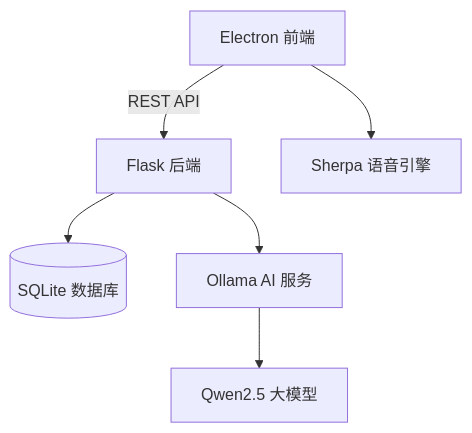
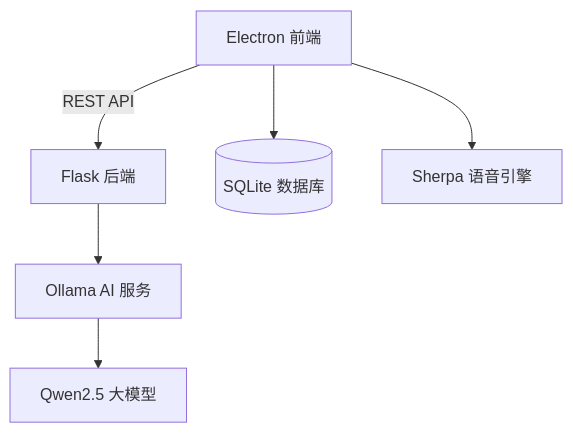
The diagram in README.md (charlie-zhang-code/youyi), drawn with Mermaid before and after one commit.

Commit message:
:pencil: Enhance README with more details

````diff
--- a/README.md
+++ b/README.md
@@ -19,8 +19,8 @@
 ```mermaid
 graph TD
   A[Electron 前端] -->|REST API| B[Flask 后端]
-  B --> C[(SQLite 数据库)]
+  A --> C[(SQLite 数据库)]
   A --> D[Sherpa 语音引擎]
   B --> E[Ollama AI 服务]
   E --> F[Qwen2.5 大模型]
 ```
````
